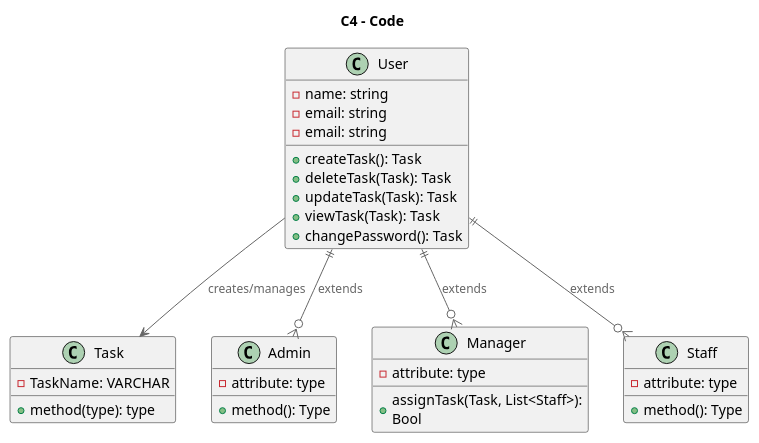
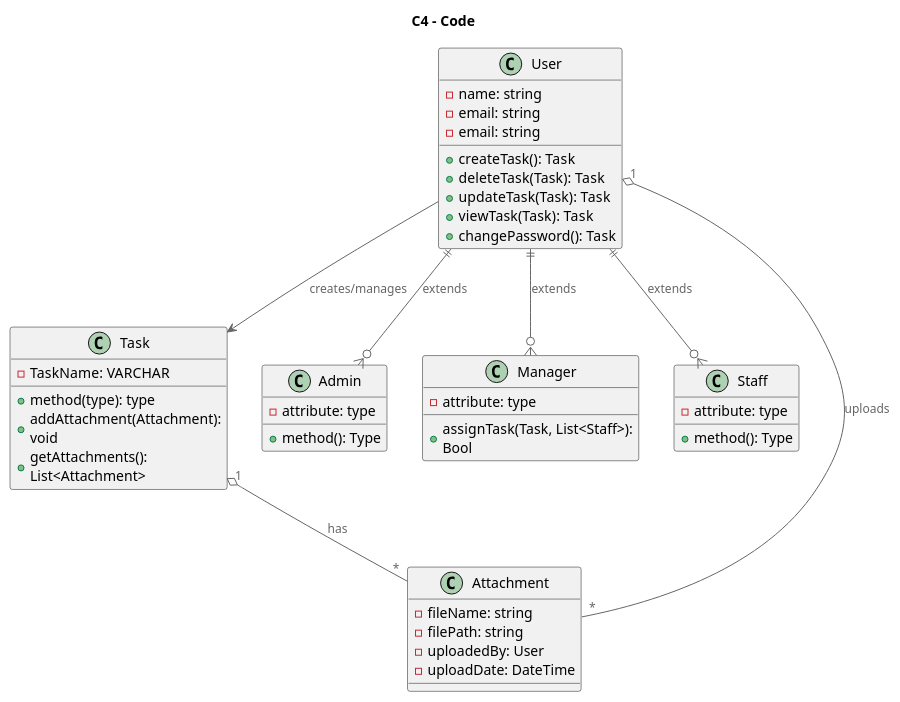
The diagram in plantuml/c4_class.puml (XavierTanMT/IS212---Software_Project_Management), drawn with PlantUML before and after one commit. The commit also changed 1 other file, not shown here.

Commit message:
Updated puml files for file attachment feature

```diff
--- a/plantuml/c4_class.puml
+++ b/plantuml/c4_class.puml
@@ -1,43 +1,55 @@
 @startuml c4_class
 !include <C4/C4_Context>
 
 title C4 - Code
 
 class User {
   - name: string
   - email: string
   - email: string
   + createTask(): Task
   + deleteTask(Task): Task
   + updateTask(Task): Task
   + viewTask(Task): Task
   + changePassword(): Task
 }
 
 class Task {
   - TaskName: VARCHAR
   + method(type): type
+  +addAttachment(Attachment): void
+  +getAttachments(): List<Attachment>
 }
 
 class Admin {
   - attribute: type
   + method(): Type
 }
 
 class Manager {
   - attribute: type
   + assignTask(Task, List<Staff>): Bool
 }
 
 class Staff {
   - attribute: type
   + method(): Type
 }
 
+class Attachment {
+  -fileName: string
+  -filePath: string
+  -uploadedBy: User
+  -uploadDate: DateTime
+}
+
+Task "1" o-- "*" Attachment : has
+User "1" o-- "*" Attachment : uploads
+
 User ||--o{ Admin : extends
 User ||--o{ Manager : extends  
 User ||--o{ Staff : extends
 
 User --> Task : creates/manages
 
 @enduml
```
